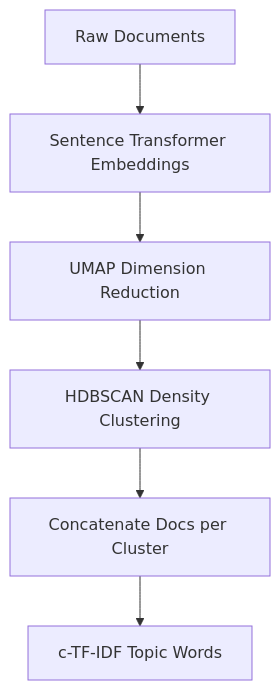
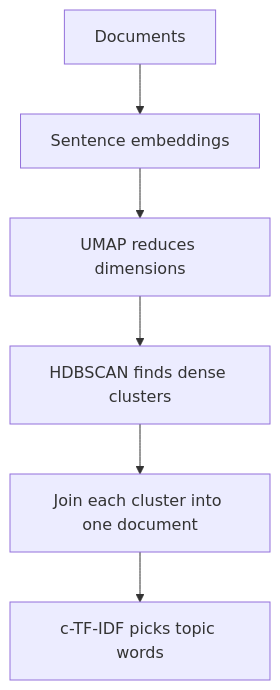
One commit to Tarunsai08/PaperStack changed the diagram in content/papers/bertopic-neural-topic-modeling-with-a-class-based-tf-idf-pro.md. Above: the diagram before and after it, drawn with Mermaid. The commit also changed other lines of this file and 10 other files, not shown here.

````diff
--- a/content/papers/bertopic-neural-topic-modeling-with-a-class-based-tf-idf-pro.md
+++ b/content/papers/bertopic-neural-topic-modeling-with-a-class-based-tf-idf-pro.md
@@ -122,8 +90,8 @@
 ```mermaid
 flowchart TD
-    A[Raw Documents] --> B[Sentence Transformer Embeddings]
-    B --> C[UMAP Dimension Reduction]
-    C --> D[HDBSCAN Density Clustering]
-    D --> E[Concatenate Docs per Cluster]
-    E --> F[c-TF-IDF Topic Words]
+  A[Documents] --> B[Sentence embeddings]
+  B --> C[UMAP reduces dimensions]
+  C --> D[HDBSCAN finds dense clusters]
+  D --> E[Join each cluster into one document]
+  E --> F[c-TF-IDF picks topic words]
 ```
````
